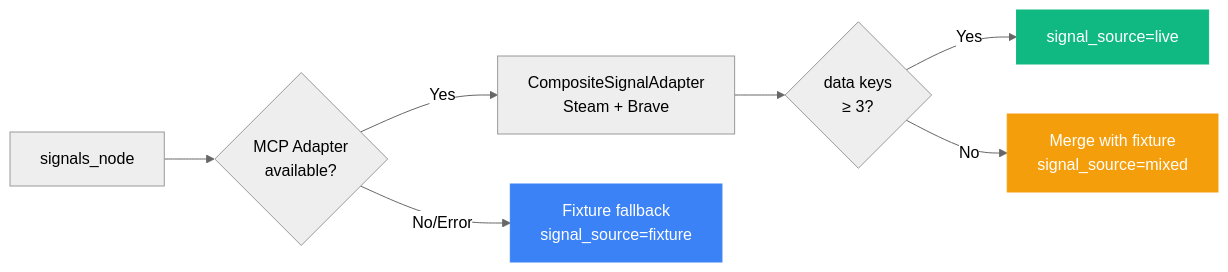
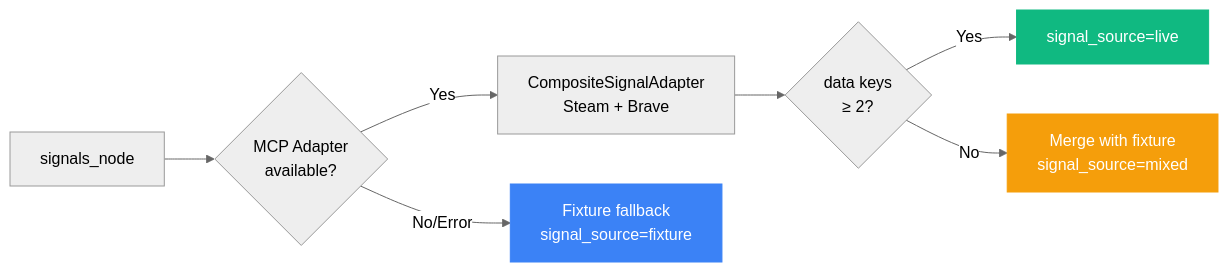
One commit to mangowhoiscloud/geode changed the sixth of 11 diagrams in README.md. Above: the diagram before and after it, drawn with Mermaid (neutral theme). The commit also changed other lines of this file and 1 other file, not shown here.

````diff
--- a/README.md
+++ b/README.md
@@ -259,13 +273,13 @@
 ```mermaid
 graph LR
     SN["signals_node"] --> Adapter{"MCP Adapter<br/>available?"}
     Adapter -->|Yes| Composite["CompositeSignalAdapter<br/>Steam + Brave"]
-    Composite --> Keys{"data keys<br/>≥ 3?"}
+    Composite --> Keys{"data keys<br/>≥ 2?"}
     Keys -->|Yes| Live["signal_source=live"]
     Keys -->|No| Mix["Merge with fixture<br/>signal_source=mixed"]
     Adapter -->|No/Error| Fix["Fixture fallback<br/>signal_source=fixture"]
 
     style Live fill:#10b981,stroke:#10b981,color:#fff
     style Mix fill:#f59e0b,stroke:#f59e0b,color:#fff
     style Fix fill:#3b82f6,stroke:#3b82f6,color:#fff
 ```
````
